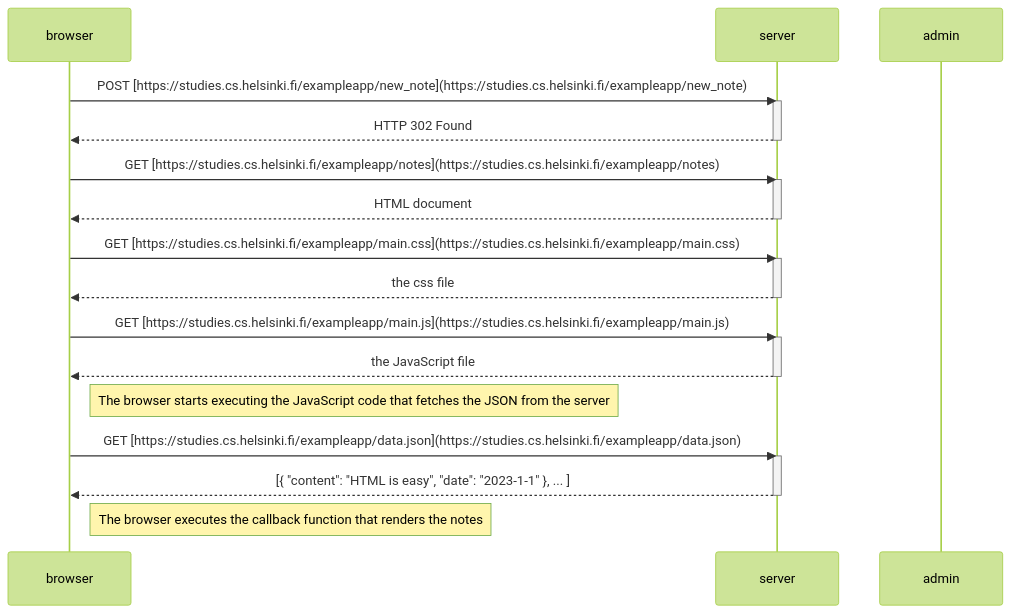
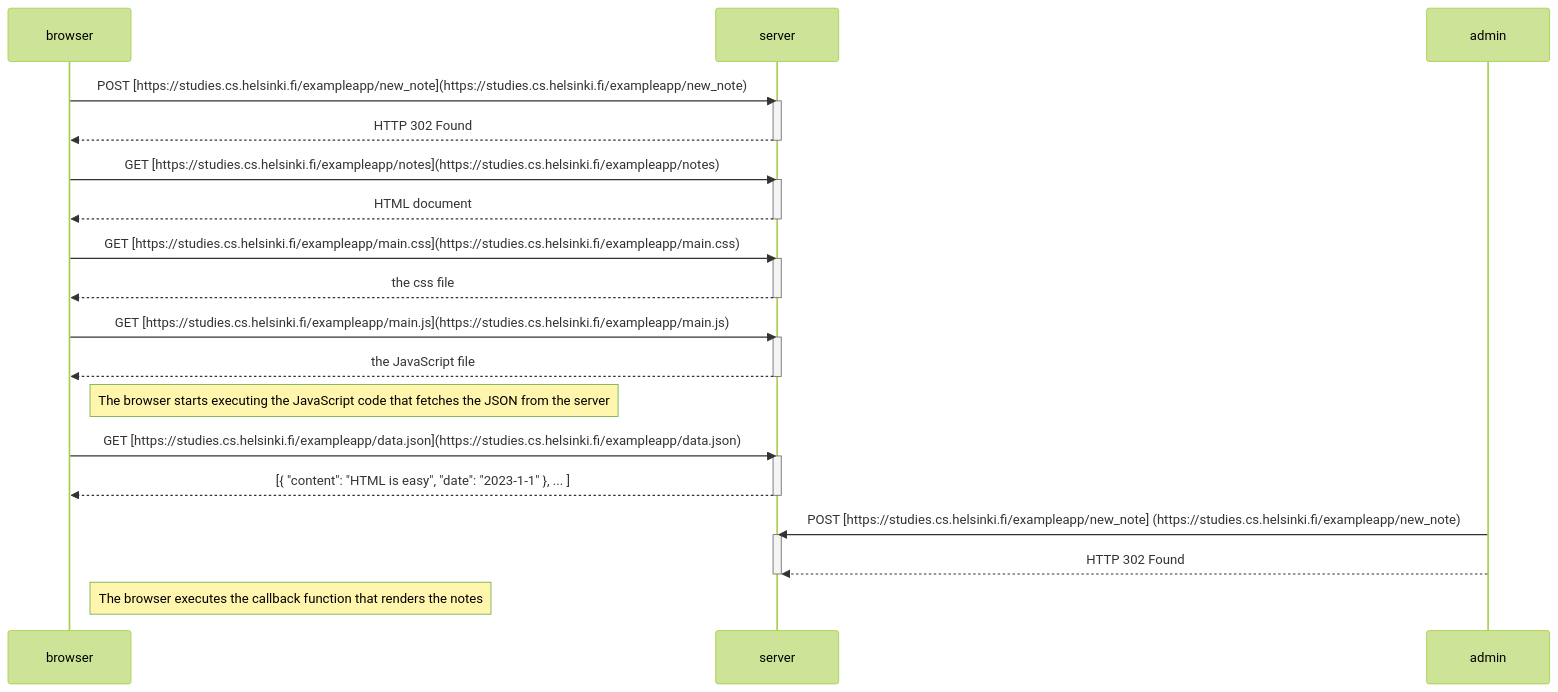
Before and after one commit to ARTHUR-MORGAN2004/fullstackopen: the diagram in part0/0.4.md, drawn with Mermaid (forest theme).

````diff
--- a/part0/0.4.md
+++ b/part0/0.4.md
@@ -1,35 +1,40 @@
 ```mermaid
 sequenceDiagram
     participant browser
     participant server
     participant admin
 
     browser->>server: POST [https://studies.cs.helsinki.fi/exampleapp/new_note](https://studies.cs.helsinki.fi/exampleapp/new_note)
     activate server
     server-->>browser: HTTP 302 Found
     deactivate server
 
     browser->>server: GET [https://studies.cs.helsinki.fi/exampleapp/notes](https://studies.cs.helsinki.fi/exampleapp/notes)
     activate server
     server-->>browser: HTML document
     deactivate server
 
     browser->>server: GET [https://studies.cs.helsinki.fi/exampleapp/main.css](https://studies.cs.helsinki.fi/exampleapp/main.css)
     activate server
     server-->>browser: the css file
     deactivate server
 
     browser->>server: GET [https://studies.cs.helsinki.fi/exampleapp/main.js](https://studies.cs.helsinki.fi/exampleapp/main.js)
     activate server
     server-->>browser: the JavaScript file
     deactivate server
 
     Note right of browser: The browser starts executing the JavaScript code that fetches the JSON from the server
 
     browser->>server: GET [https://studies.cs.helsinki.fi/exampleapp/data.json](https://studies.cs.helsinki.fi/exampleapp/data.json)
     activate server
     server-->>browser: [{ "content": "HTML is easy", "date": "2023-1-1" }, ... ]
     deactivate server
 
+    admin->>server: POST [https://studies.cs.helsinki.fi/exampleapp/new_note]    (https://studies.cs.helsinki.fi/exampleapp/new_note)
+    activate server
+    admin-->>server: HTTP 302 Found
+    deactivate server
+
     Note right of browser: The browser executes the callback function that renders the notes
 ```
````
